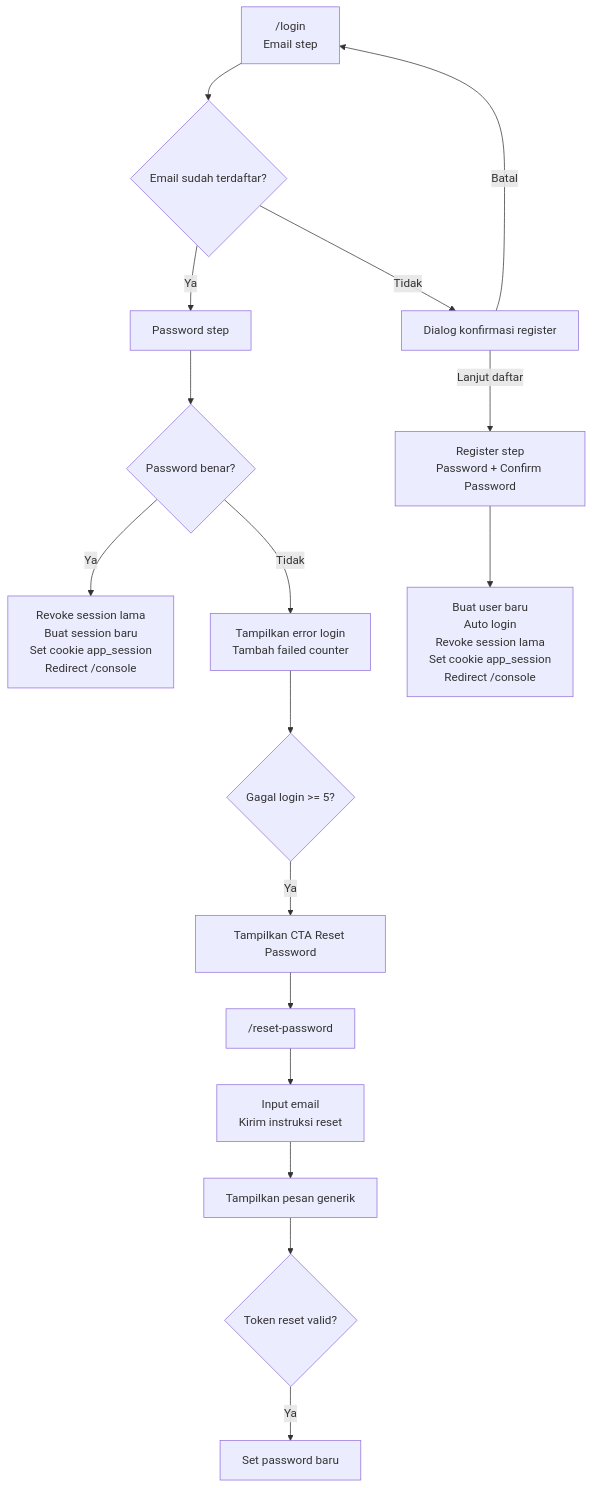
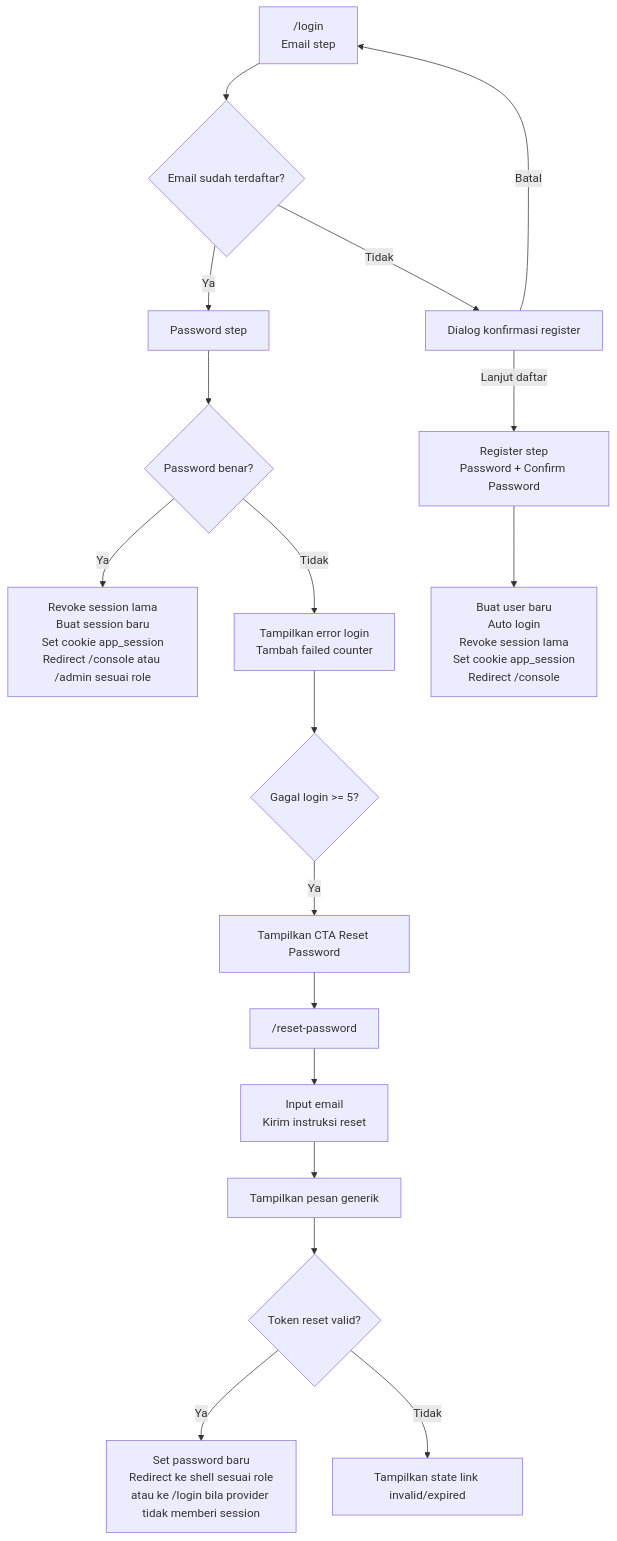
Before and after one commit to ongkay/Asset-project: the diagram in docs/user-flow/auth-flow.md, drawn with Mermaid. The commit also changed other lines of this file and 10 other files, not shown here.

````diff
--- a/docs/user-flow/auth-flow.md
+++ b/docs/user-flow/auth-flow.md
@@ -37,19 +44,20 @@
 ```mermaid
 flowchart TD
   A["/login\nEmail step"] --> B{"Email sudah terdaftar?"}
   B -->|Ya| C["Password step"]
   B -->|Tidak| D["Dialog konfirmasi register"]
   C --> E{"Password benar?"}
-  E -->|Ya| F["Revoke session lama\nBuat session baru\nSet cookie app_session\nRedirect /console"]
+  E -->|Ya| F["Revoke session lama\nBuat session baru\nSet cookie app_session\nRedirect /console atau /admin sesuai role"]
   E -->|Tidak| G["Tampilkan error login\nTambah failed counter"]
   G --> H{"Gagal login >= 5?"}
   H -->|Ya| I["Tampilkan CTA Reset Password"]
   D -->|Lanjut daftar| J["Register step\nPassword + Confirm Password"]
   D -->|Batal| A
   J --> K["Buat user baru\nAuto login\nRevoke session lama\nSet cookie app_session\nRedirect /console"]
   I --> L["/reset-password"]
   L --> M["Input email\nKirim instruksi reset"]
   M --> N["Tampilkan pesan generik"]
   N --> O{"Token reset valid?"}
-  O -->|Ya| P["Set password baru"]
+  O -->|Ya| P["Set password baru\nRedirect ke shell sesuai role\natau ke /login bila provider tidak memberi session"]
+  O -->|Tidak| Q["Tampilkan state link invalid/expired"]
 ```
````
